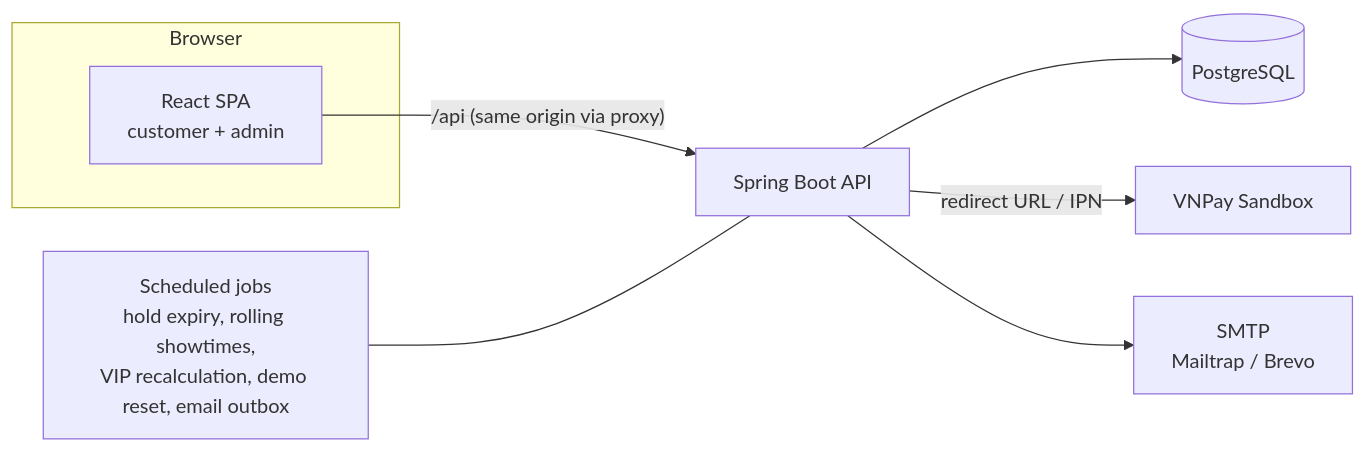
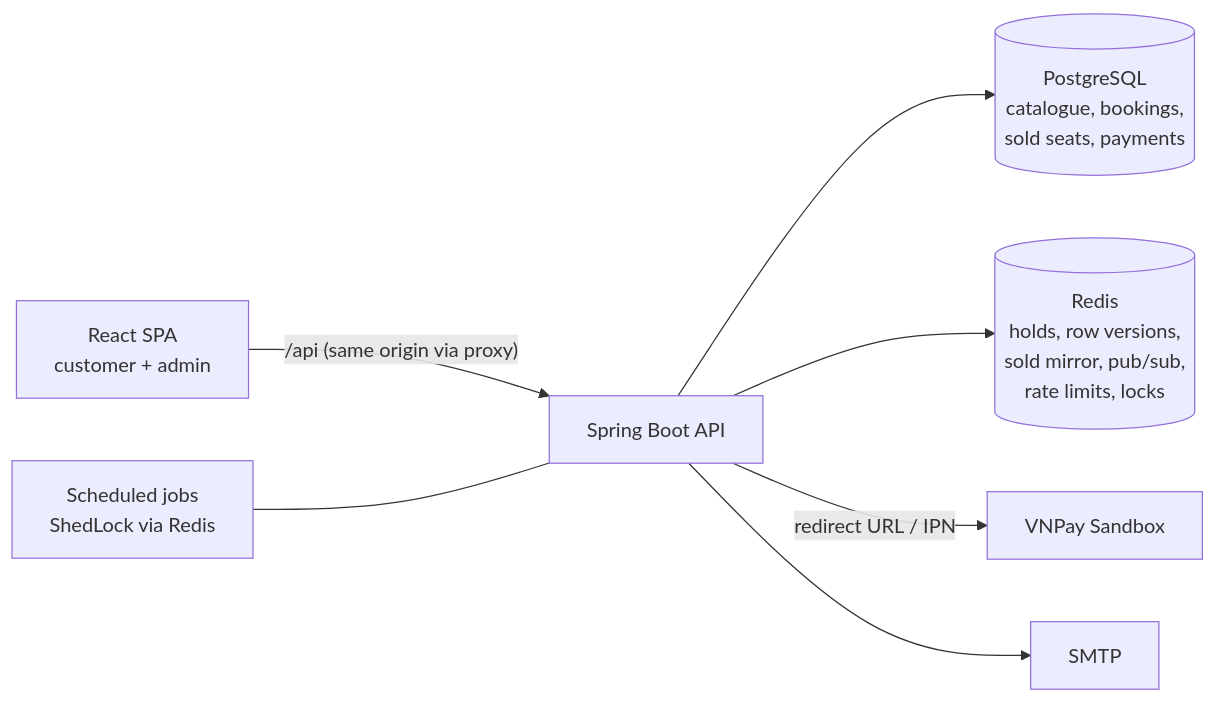
The diagram in docs/IMPLEMENTATION-PLAN.md (pnn-re1506/cinebot---Cinema-Booking-with-Chatbot), drawn with Mermaid before and after one commit. The commit also changed other lines of this file and 12 other files, not shown here.

Commit message:
docs: switch seat holds to Redis, confirm v1 decisions, add agent execution plan and cursor rules

````diff
--- a/docs/IMPLEMENTATION-PLAN.md
+++ b/docs/IMPLEMENTATION-PLAN.md
@@ -140,11 +152,9 @@
 ```mermaid
 flowchart LR
-    subgraph Browser
-        FE[React SPA<br/>customer + admin]
-    end
-    FE -- "/api (same origin via proxy)" --> API[Spring Boot API]
-    API --> DB[(PostgreSQL)]
+    FE[React SPA<br/>customer + admin] -- "/api (same origin via proxy)" --> API[Spring Boot API]
+    API --> PG[(PostgreSQL<br/>catalogue, bookings,<br/>sold seats, payments)]
+    API --> RD[(Redis<br/>holds, row versions,<br/>sold mirror, pub/sub,<br/>rate limits, locks)]
     API -- redirect URL / IPN --> VNP[VNPay Sandbox]
-    API --> MAIL[SMTP<br/>Mailtrap / Brevo]
-    SCHED[Scheduled jobs<br/>hold expiry, rolling showtimes,<br/>VIP recalculation, demo reset, email outbox] --- API
+    API --> MAIL[SMTP]
+    JOBS[Scheduled jobs<br/>ShedLock via Redis] --- API
 ```
````
